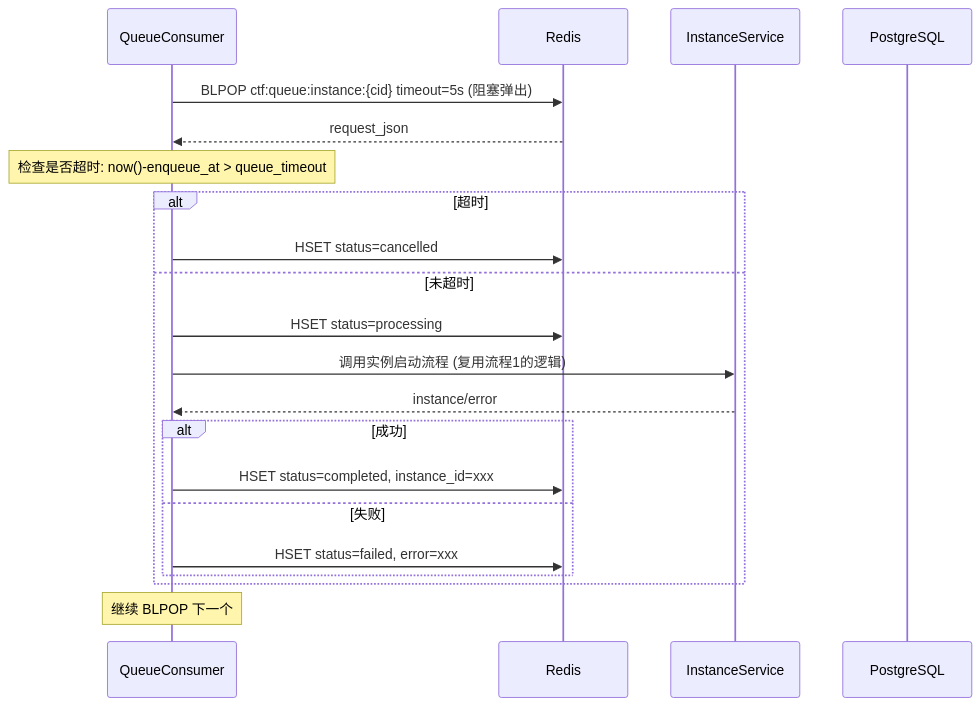
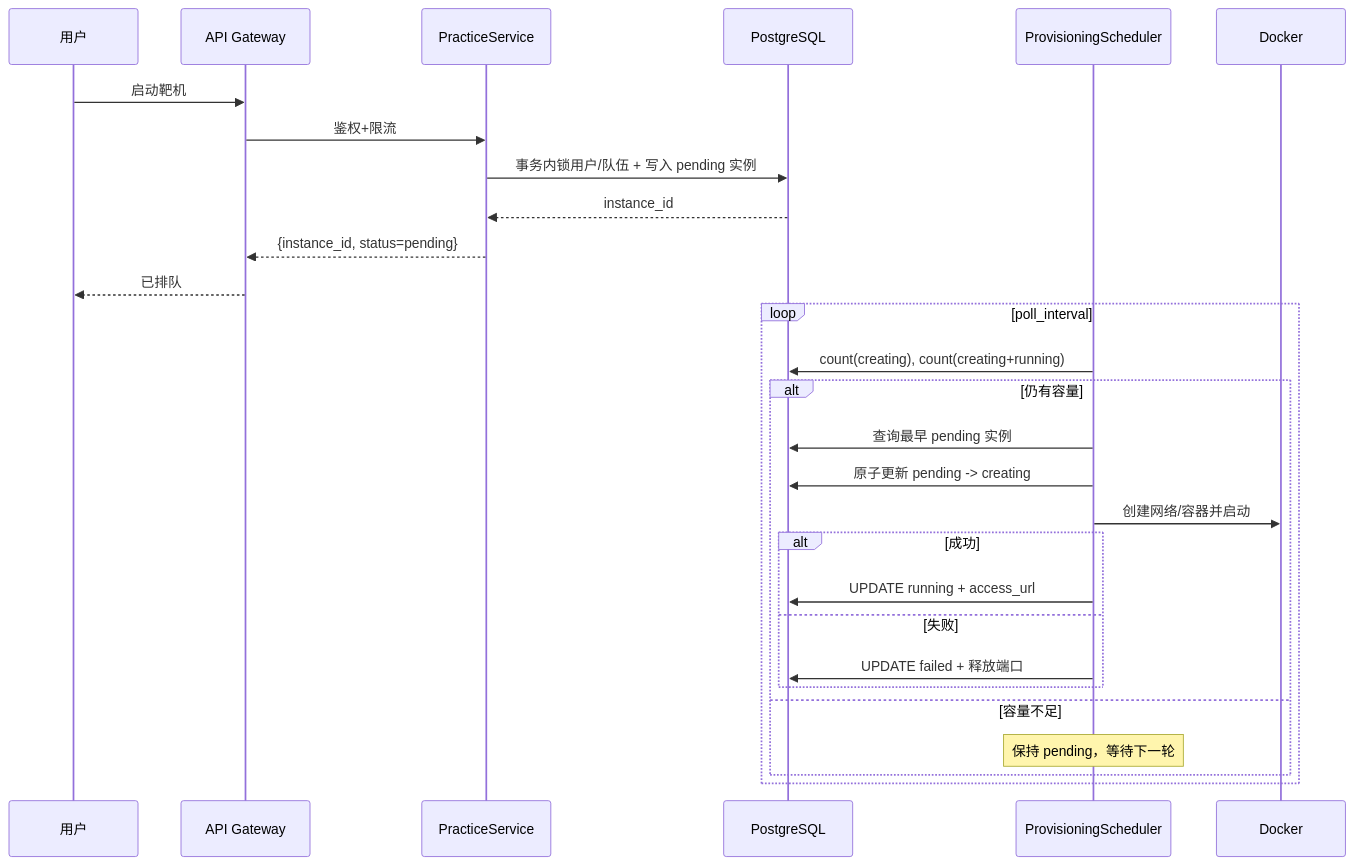
Diagram 17 of 18 in docs/architecture/backend/05-key-flows.md (architectcgz/ctf), drawn with Mermaid before and after one commit. The commit also changed other lines of this file and 13 other files, not shown here.

````diff
--- a/docs/architecture/backend/05-key-flows.md
+++ b/docs/architecture/backend/05-key-flows.md
@@ -1113,29 +968,32 @@
 ```mermaid
 sequenceDiagram
-    participant QC as QueueConsumer
-    participant Redis
-    participant IS as InstanceService
+    participant 用户
+    participant API as API Gateway
+    participant PS as PracticeService
     participant PG as PostgreSQL
+    participant SCH as ProvisioningScheduler
+    participant Docker
 
-    QC->>Redis: BLPOP ctf:queue:instance:{cid} timeout=5s (阻塞弹出)
-    Redis-->>QC: request_json
+    用户->>API: 启动靶机
+    API->>PS: 鉴权+限流
+    PS->>PG: 事务内锁用户/队伍 + 写入 pending 实例
+    PG-->>PS: instance_id
+    PS-->>API: {instance_id, status=pending}
+    API-->>用户: 已排队
 
-    Note over QC: 检查是否超时: now()-enqueue_at > queue_timeout
-
-    alt 超时
-        QC->>Redis: HSET status=cancelled
-    else 未超时
-        QC->>Redis: HSET status=processing
-
-        QC->>IS: 调用实例启动流程 (复用流程1的逻辑)
-        IS-->>QC: instance/error
-
-        alt 成功
-            QC->>Redis: HSET status=completed, instance_id=xxx
-        else 失败
-            QC->>Redis: HSET status=failed, error=xxx
+    loop poll_interval
+        SCH->>PG: count(creating), count(creating+running)
+        alt 仍有容量
+            SCH->>PG: 查询最早 pending 实例
+            SCH->>PG: 原子更新 pending -> creating
+            SCH->>Docker: 创建网络/容器并启动
+            alt 成功
+                SCH->>PG: UPDATE running + access_url
+            else 失败
+                SCH->>PG: UPDATE failed + 释放端口
+            end
+        else 容量不足
+            Note over SCH: 保持 pending，等待下一轮
         end
     end
-
-    Note over QC: 继续 BLPOP 下一个
 ```
````
